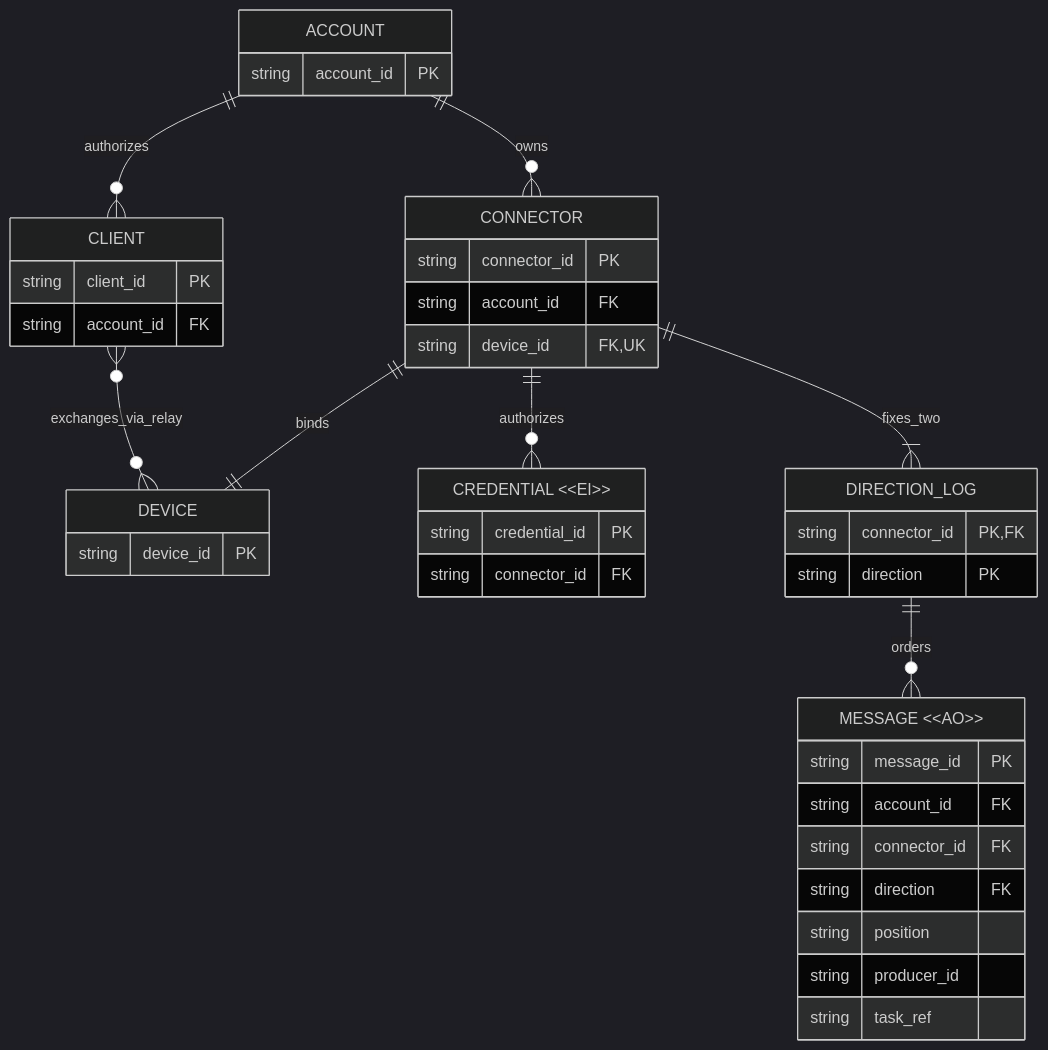
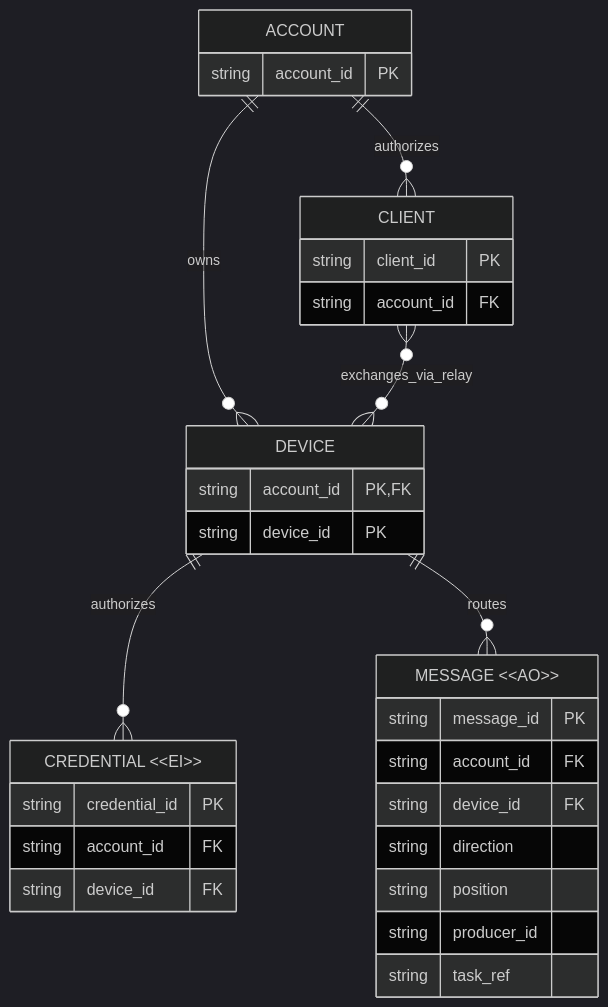
The diagram in .silvermoon/ideas/01M5CPYSJPRQQ6FSTJSMJYRE7P/outer/inner/ideal/Business-Data-Model-Review.md (shazhou-ww/silvermoon-ai), drawn with Mermaid (dark theme) before and after one commit. The commit also changed other lines of this file and 4 other files, not shown here.

Commit message:
docs: keep connector as device connection program only

````diff
--- a/.silvermoon/ideas/01M5CPYSJPRQQ6FSTJSMJYRE7P/outer/inner/ideal/Business-Data-Model-Review.md
+++ b/.silvermoon/ideas/01M5CPYSJPRQQ6FSTJSMJYRE7P/outer/inner/ideal/Business-Data-Model-Review.md
@@ -21,42 +21,33 @@
 ```mermaid
 erDiagram
   ACCOUNT {
     string account_id PK
   }
   CLIENT {
     string client_id PK
     string account_id FK
   }
-  CONNECTOR {
-    string connector_id PK
-    string account_id FK
-    string device_id FK, UK
-  }
   DEVICE {
+    string account_id PK, FK
     string device_id PK
   }
   CREDENTIAL["CREDENTIAL &lt;&lt;EI&gt;&gt;"] {
     string credential_id PK
-    string connector_id FK
-  }
-  DIRECTION_LOG {
-    string connector_id PK, FK
-    string direction PK
+    string account_id FK
+    string device_id FK
   }
   MESSAGE["MESSAGE &lt;&lt;AO&gt;&gt;"] {
     string message_id PK
     string account_id FK
-    string connector_id FK
-    string direction FK
+    string device_id FK
+    string direction
     string position
     string producer_id
     string task_ref
   }
-  ACCOUNT ||--o{ CONNECTOR : owns
+  ACCOUNT ||--o{ DEVICE : owns
   ACCOUNT ||--o{ CLIENT : authorizes
-  CONNECTOR ||--|| DEVICE : binds
   CLIENT }o--o{ DEVICE : exchanges_via_relay
-  CONNECTOR ||--o{ CREDENTIAL : authorizes
-  CONNECTOR ||--|{ DIRECTION_LOG : fixes_two
-  DIRECTION_LOG ||--o{ MESSAGE : orders
+  DEVICE ||--o{ CREDENTIAL : authorizes
+  DEVICE ||--o{ MESSAGE : routes
 ```
````
